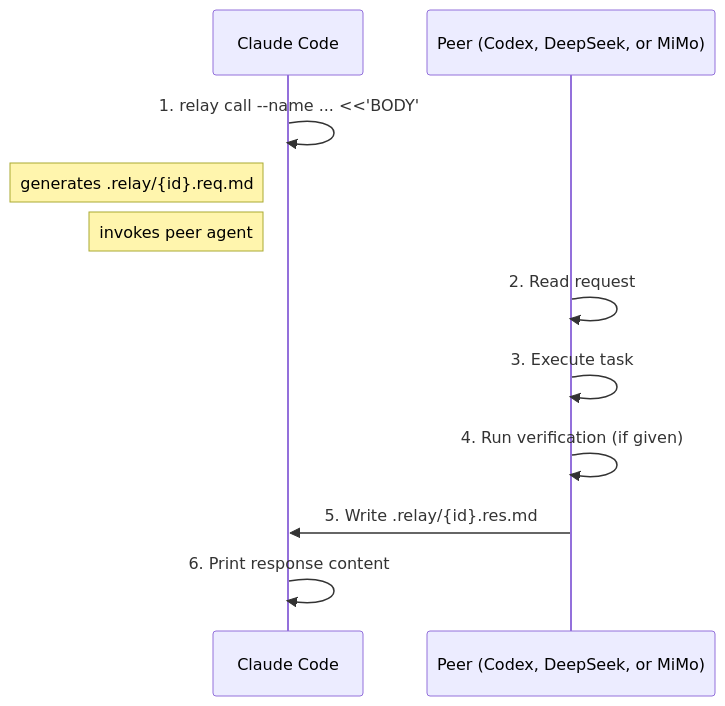
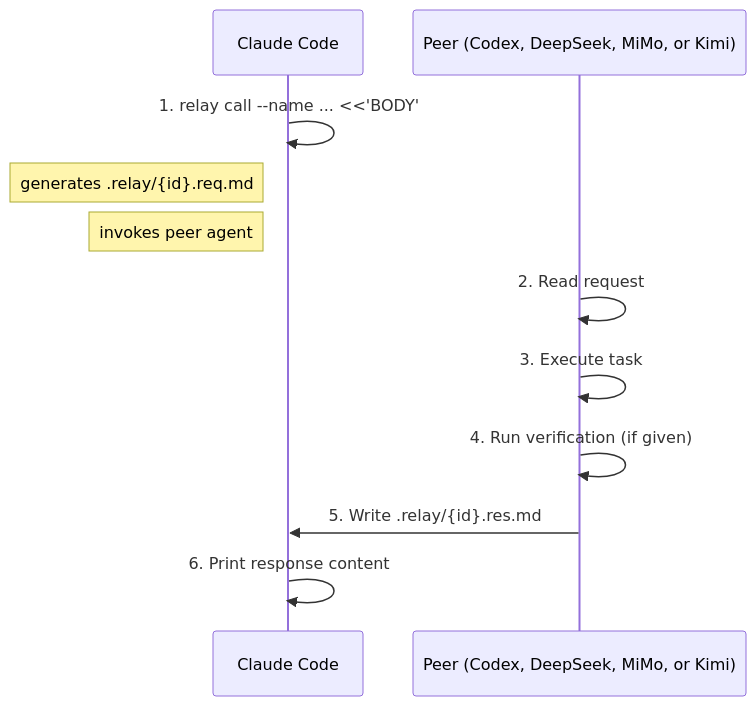
One commit to chrisliu298/dotfiles changed the diagram in agents/extensions/skills/relay/README.md. Above: the diagram before and after it, drawn with Mermaid. The commit also changed other lines of this file and 11 other files, not shown here.

First line of the commit message:
kimi: add Kimi-K2.6 as a model launcher and relay/prism peer

````diff
--- a/agents/extensions/skills/relay/README.md
+++ b/agents/extensions/skills/relay/README.md
@@ -93,14 +98,14 @@
 ```mermaid
 sequenceDiagram
     participant C as Claude Code
-    participant P as Peer (Codex, DeepSeek, or MiMo)
+    participant P as Peer (Codex, DeepSeek, MiMo, or Kimi)
 
     C->>C: 1. relay call --name ... <<'BODY'
     Note left of C: generates .relay/{id}.req.md
     Note left of C: invokes peer agent
     P->>P: 2. Read request
     P->>P: 3. Execute task
     P->>P: 4. Run verification (if given)
     P->>C: 5. Write .relay/{id}.res.md
     C->>C: 6. Print response content
 ```
````
